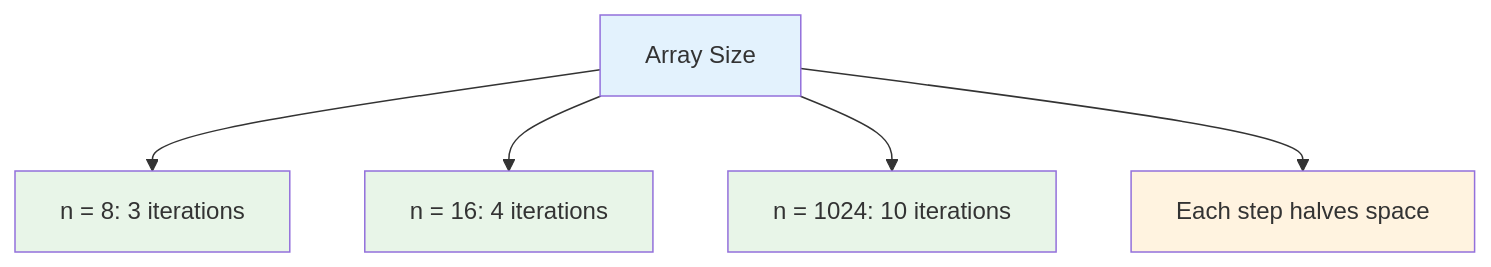
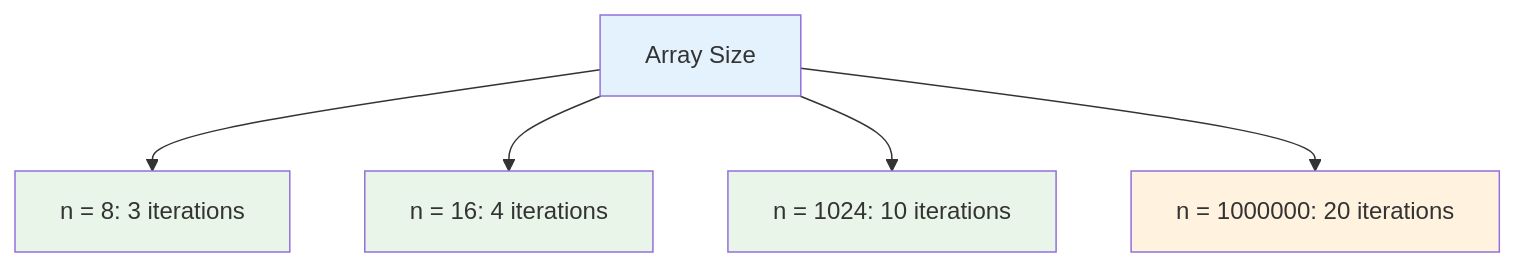
Diagram 12 of 13 in README.md (LuckyLongre123/README_RUNNER), drawn with Mermaid before and after one commit. The commit also changed other lines of this file, not shown here.

````diff
--- a/README.md
+++ b/README.md
@@ -382,13 +386,13 @@
 ```mermaid
 flowchart TD
     A["Array Size"] --> B["n = 8: 3 iterations"]
     A --> C["n = 16: 4 iterations"]
     A --> D["n = 1024: 10 iterations"]
-    A --> E["Each step halves space"]
+    A --> E["n = 1000000: 20 iterations"]
     
     style A fill:#e3f2fd
     style B fill:#e8f5e8
     style C fill:#e8f5e8
     style D fill:#e8f5e8
     style E fill:#fff3e0
 ```
````
